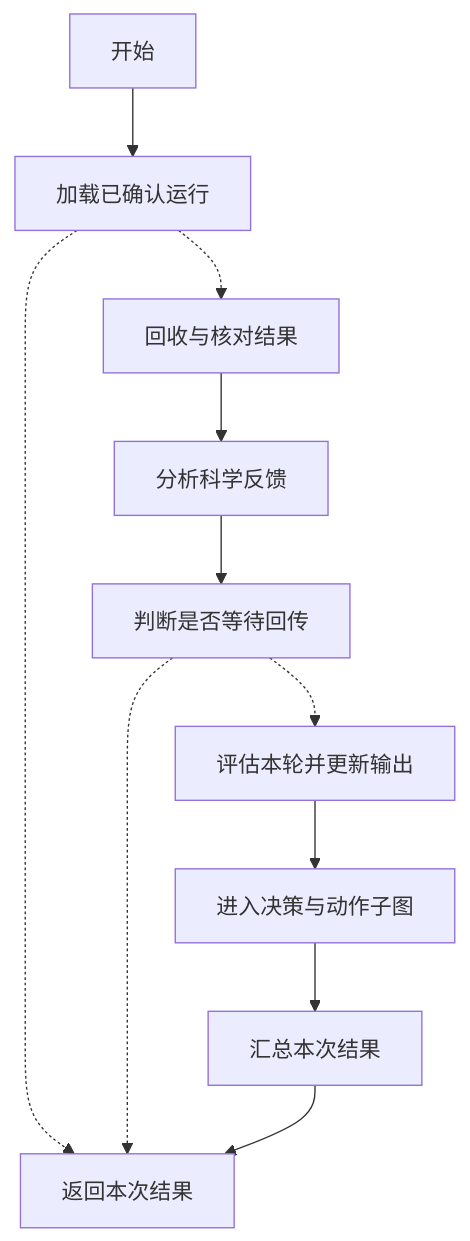
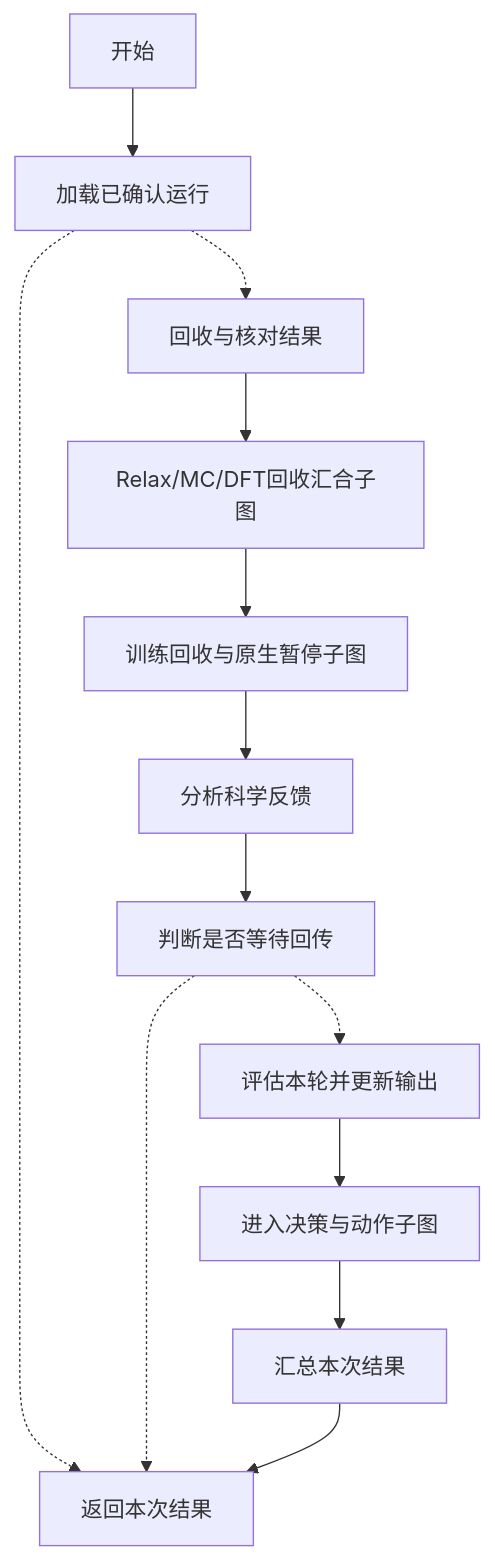
One commit to Esseco/PhaseDiagramAgent changed the first of 5 diagrams in docs/SCIENTIFIC_FLOW_OVERVIEW.md. Above: the diagram before and after it, drawn with Mermaid. The commit also changed other lines of this file and 253 other files, not shown here.

````diff
--- a/docs/SCIENTIFIC_FLOW_OVERVIEW.md
+++ b/docs/SCIENTIFIC_FLOW_OVERVIEW.md
@@ -7,22 +7,26 @@
 ```mermaid
 flowchart TD
   n0["开始"]
   n1["加载已确认运行"]
   n2["回收与核对结果"]
-  n3["分析科学反馈"]
-  n4["判断是否等待回传"]
-  n5["评估本轮并更新输出"]
-  n6["进入决策与动作子图"]
-  n7["汇总本次结果"]
-  n8["返回本次结果"]
+  n3["Relax/MC/DFT回收汇合子图"]
+  n4["训练回收与原生暂停子图"]
+  n5["分析科学反馈"]
+  n6["判断是否等待回传"]
+  n7["评估本轮并更新输出"]
+  n8["进入决策与动作子图"]
+  n9["汇总本次结果"]
+  n10["返回本次结果"]
   n0 --> n1
+  n7 --> n8
+  n3 --> n4
+  n8 --> n9
+  n2 --> n3
+  n1 -.-> n10
+  n1 -.-> n2
+  n6 -.-> n10
+  n6 -.-> n7
   n5 --> n6
-  n6 --> n7
-  n2 --> n3
-  n1 -.-> n8
-  n1 -.-> n2
-  n4 -.-> n8
-  n4 -.-> n5
-  n3 --> n4
-  n7 --> n8
+  n4 --> n5
+  n9 --> n10
 ```
````
